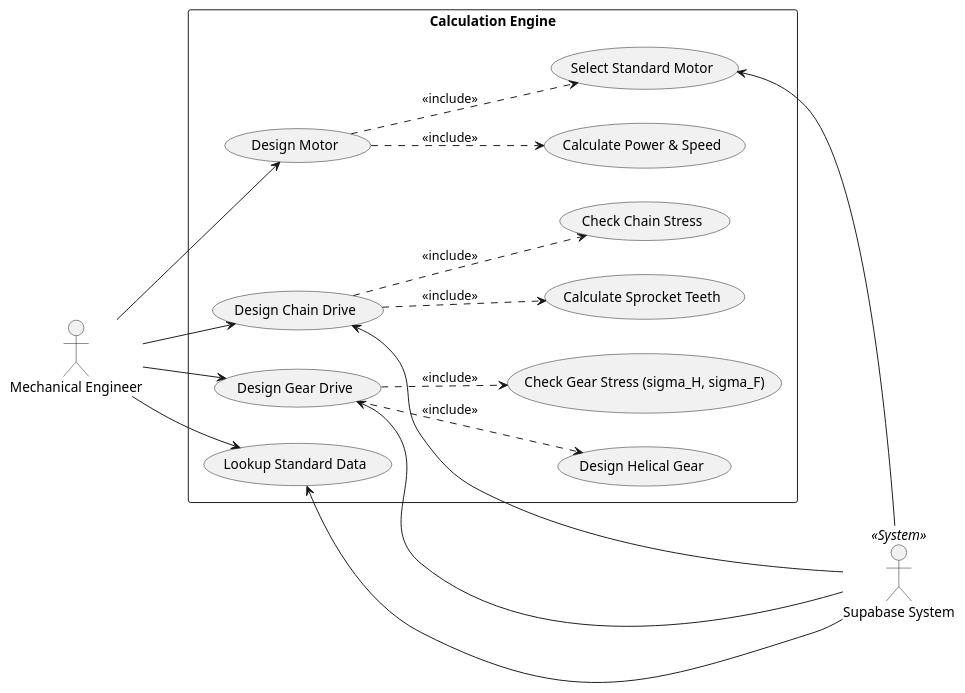
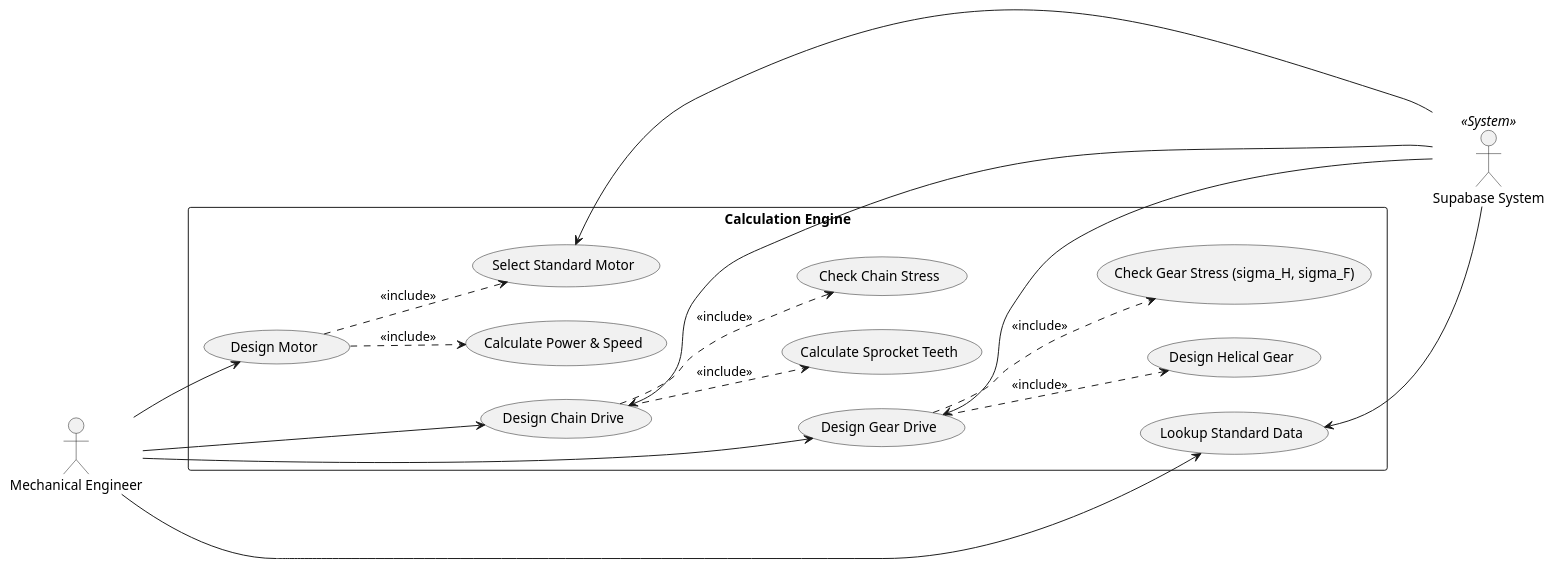
The diagram in docs/uml/uc_calc.puml (dvydinh/mechdrive), drawn with PlantUML before and after one commit. The commit also changed 3 other files, not shown here.

```diff
--- a/docs/uml/uc_calc.puml
+++ b/docs/uml/uc_calc.puml
@@ -1,43 +1,47 @@
 @startuml
 left to right direction
 skinparam packageStyle rectangle
 
 actor "Mechanical Engineer" as eng
 actor "Supabase System" as db << System >>
 
 package "Calculation Engine" {
   usecase "Design Motor" as UC1
   usecase "Calculate Power & Speed" as UC1_1
   usecase "Select Standard Motor" as UC1_2
   
   usecase "Design Chain Drive" as UC2
   usecase "Calculate Sprocket Teeth" as UC2_1
   usecase "Check Chain Stress" as UC2_2
   
   usecase "Design Gear Drive" as UC3
   usecase "Design Helical Gear" as UC3_2
   usecase "Check Gear Stress (sigma_H, sigma_F)" as UC3_3
   
   usecase "Lookup Standard Data" as UC5
 }
 
+UC1 -[hidden]down-> UC2
+UC2 -[hidden]down-> UC3
+UC3 -[hidden]down-> UC5
+
 eng --> UC1
 UC1 ..> UC1_1 : <<include>>
 UC1 ..> UC1_2 : <<include>>
 
 eng --> UC2
 UC2 ..> UC2_1 : <<include>>
 UC2 ..> UC2_2 : <<include>>
 
 eng --> UC3
 UC3 ..> UC3_2 : <<include>>
 UC3 ..> UC3_3 : <<include>>
 
 eng --> UC5
 
 UC1_2 <-- db
 UC2 <-- db
 UC3 <-- db
 UC5 <-- db
 
 @enduml
```
